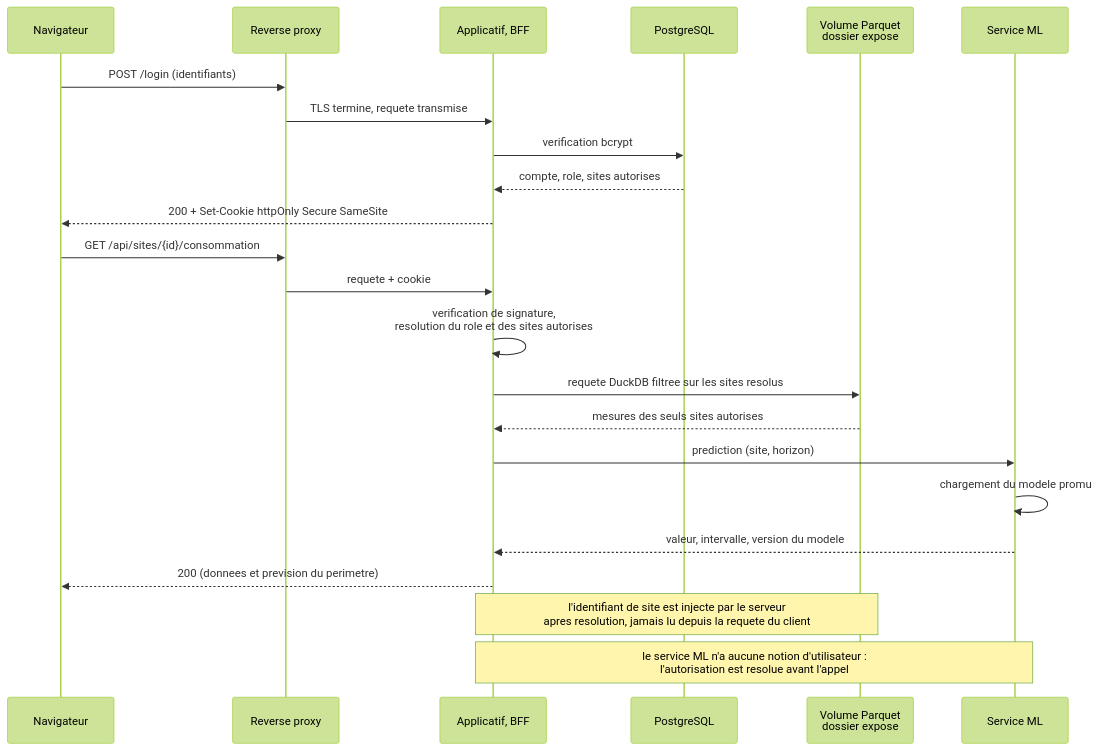
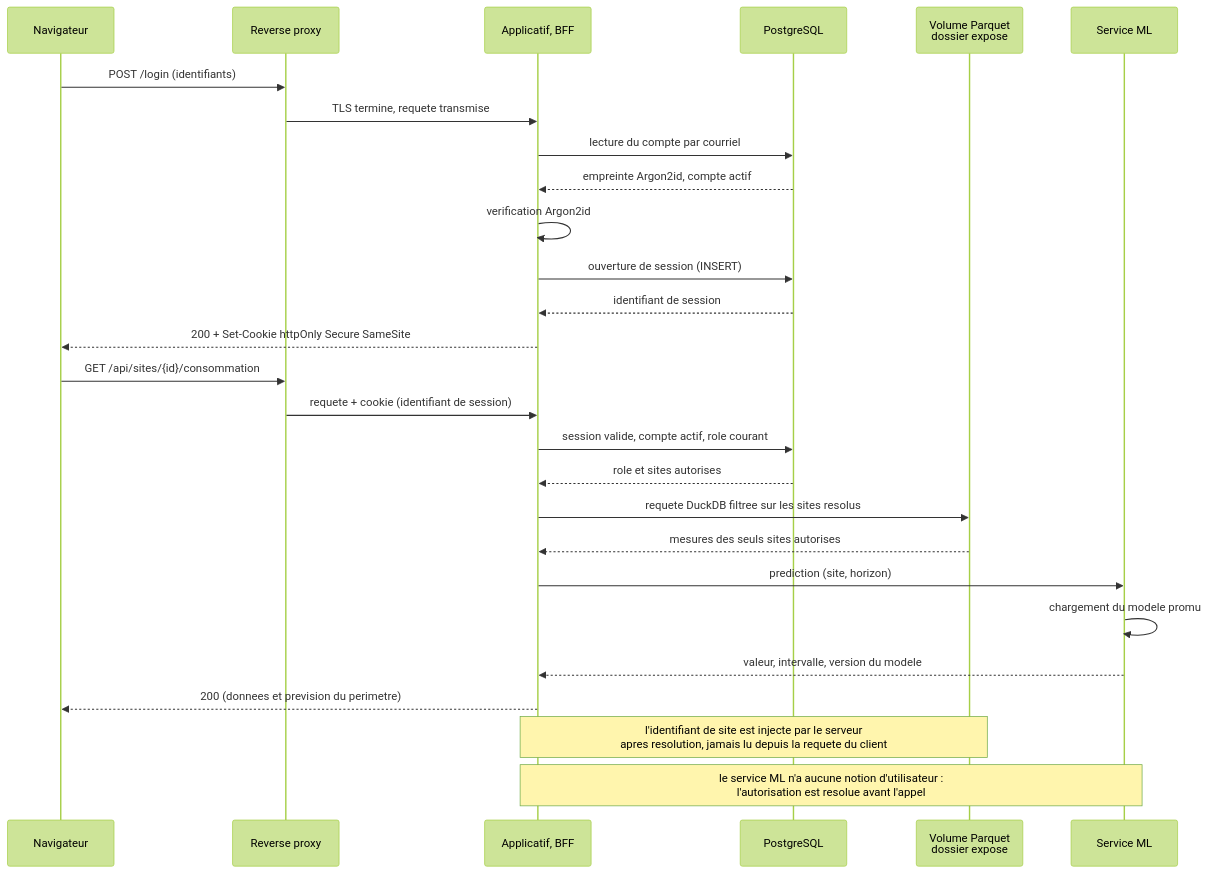
The fourth of 4 diagrams in docs/architecture.md (AlexRovere/smart-energy-optimizer), drawn with Mermaid (forest theme) before and after one commit.

Commit message:
docs(archi): la séquence d'appel montre la session en base et le rôle relu
Le diagramme datait d'avant les deux décisions de ce matin. Il montrait une
vérification bcrypt faite par PostgreSQL, puis une résolution du rôle par
vérification de signature du cookie.

Il montre maintenant ce qui se passe : la lecture du compte, la vérification
Argon2id faite par l'applicatif, l'ouverture d'une ligne dans sessions, et le
cookie qui ne porte que son identifiant. Puis, sur chaque appel suivant, la
requête unique qui vérifie la session, l'activité du compte et le rôle courant.

C'est la conséquence visible du dernier critère de #95 : un rôle résolu depuis
une signature reste vrai jusqu'à l'expiration du jeton.

````diff
--- a/docs/architecture.md
+++ b/docs/architecture.md
@@ -122,28 +122,32 @@
 ```mermaid
 sequenceDiagram
     participant N as Navigateur
     participant P as Reverse proxy
     participant B as Applicatif, BFF
     participant D as PostgreSQL
     participant V as Volume Parquet<br/>dossier expose
     participant M as Service ML
 
     N->>P: POST /login (identifiants)
     P->>B: TLS termine, requete transmise
-    B->>D: verification bcrypt
-    D-->>B: compte, role, sites autorises
+    B->>D: lecture du compte par courriel
+    D-->>B: empreinte Argon2id, compte actif
+    B->>B: verification Argon2id
+    B->>D: ouverture de session (INSERT)
+    D-->>B: identifiant de session
     B-->>N: 200 + Set-Cookie httpOnly Secure SameSite
 
     N->>P: GET /api/sites/{id}/consommation
-    P->>B: requete + cookie
-    B->>B: verification de signature,<br/>resolution du role et des sites autorises
+    P->>B: requete + cookie (identifiant de session)
+    B->>D: session valide, compte actif, role courant
+    D-->>B: role et sites autorises
     B->>V: requete DuckDB filtree sur les sites resolus
     V-->>B: mesures des seuls sites autorises
     B->>M: prediction (site, horizon)
     M->>M: chargement du modele promu
     M-->>B: valeur, intervalle, version du modele
     B-->>N: 200 (donnees et prevision du perimetre)
 
     Note over B,V: l'identifiant de site est injecte par le serveur<br/>apres resolution, jamais lu depuis la requete du client
     Note over B,M: le service ML n'a aucune notion d'utilisateur :<br/>l'autorisation est resolue avant l'appel
 ```
````
